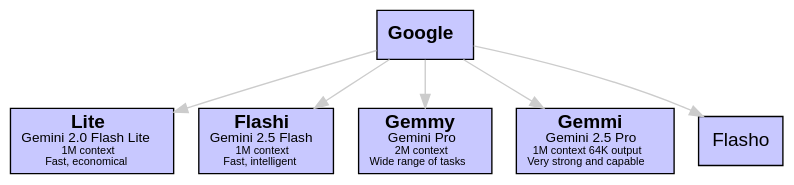
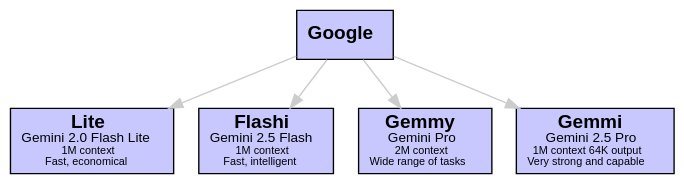
Before and after one commit to sswam/allemande: the fourth of 12 diagrams in doc/guide.md, drawn with Graphviz. The commit also changed other lines of this file and 2 other files, not shown here.

````diff
--- a/doc/guide.md
+++ b/doc/guide.md
@@ -139,19 +139,18 @@
 ```dot
 digraph Google {
     graph [bgcolor=transparent]
     edge [color="#CCCCCC"]
     node [shape=box, style=filled, fillcolor="#C8C8FF", fontname="Helvetica"]
 
     "Google" [label=<<b>Google</b>>]
     "Lite" [label=<<b>Lite</b><br/><font point-size="10">Gemini 2.0 Flash Lite</font><br/><font point-size="8">1M context</font><br/><font point-size="8">Fast, economical</font>>]
     "Flashi" [label=<<b>Flashi</b><br/><font point-size="10">Gemini 2.5 Flash</font><br/><font point-size="8">1M context</font><br/><font point-size="8">Fast, intelligent</font>>]
     "Gemmy" [label=<<b>Gemmy</b><br/><font point-size="10">Gemini Pro</font><br/><font point-size="8">2M context</font><br/><font point-size="8">Wide range of tasks</font>>]
     "Gemmi" [label=<<b>Gemmi</b><br/><font point-size="10">Gemini 2.5 Pro</font><br/><font point-size="8">1M context 64K output</font><br/><font point-size="8">Very strong and capable</font>>]
 
     "Google" -> "Lite"
     "Google" -> "Flashi"
-    "Google" -> "Flasho"
     "Google" -> "Gemmy"
     "Google" -> "Gemmi"
 }
 ```
````
